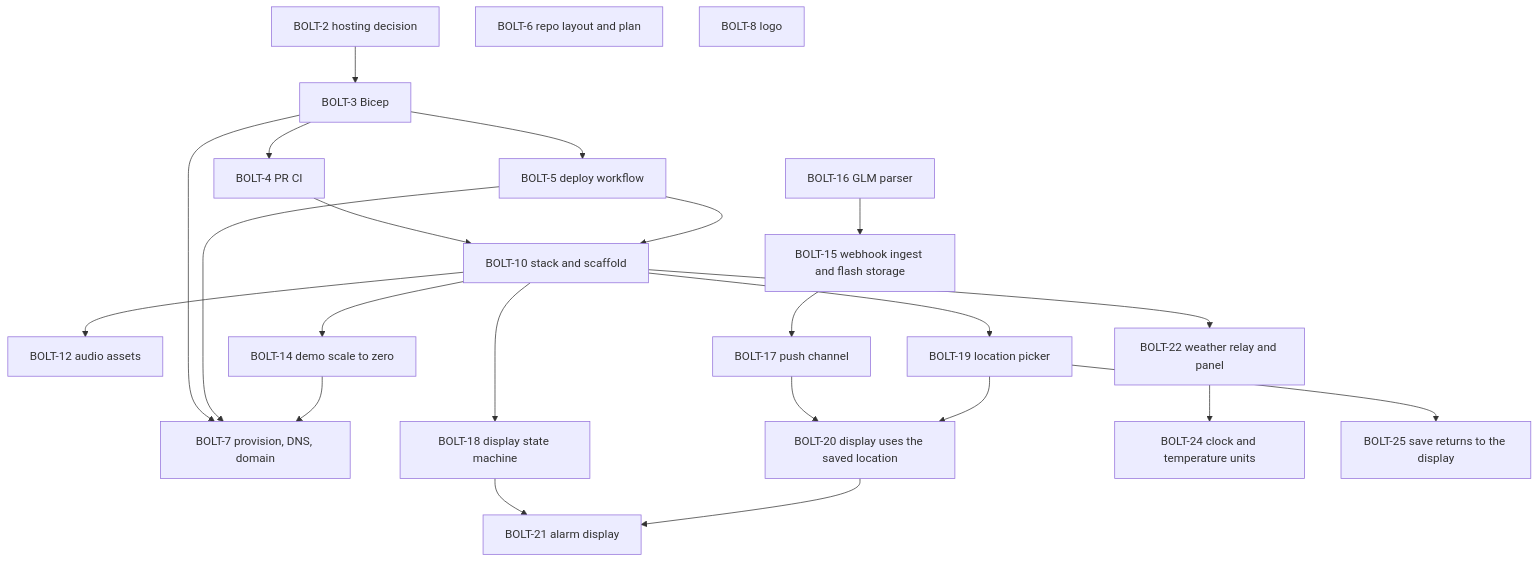
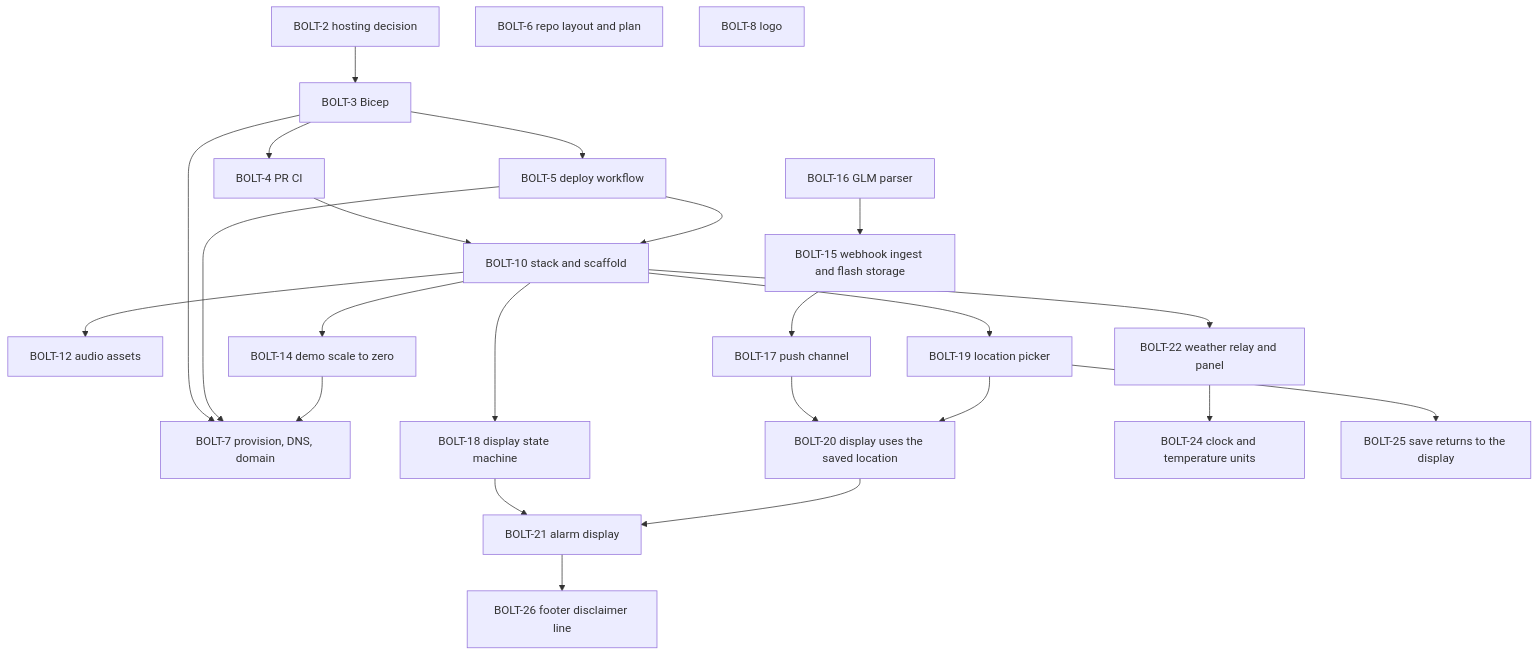
Before and after one commit to henrique-meyer/boltclock: the diagram in docs/plan.md, drawn with Mermaid. The commit also changed other lines of this file and 3 other files, not shown here.

First line of the commit message:
BOLT-26 Put the footer disclaimers on their own line

````diff
--- a/docs/plan.md
+++ b/docs/plan.md
@@ -15,45 +15,47 @@
 ```mermaid
 flowchart TD
   s2[BOLT-2 hosting decision]
   s3[BOLT-3 Bicep]
   s4[BOLT-4 PR CI]
   s5[BOLT-5 deploy workflow]
   s6[BOLT-6 repo layout and plan]
   s7[BOLT-7 provision, DNS, domain]
   s8[BOLT-8 logo]
   s10[BOLT-10 stack and scaffold]
   s12[BOLT-12 audio assets]
   s14[BOLT-14 demo scale to zero]
   s15[BOLT-15 webhook ingest and flash storage]
   s16[BOLT-16 GLM parser]
   s17[BOLT-17 push channel]
   s18[BOLT-18 display state machine]
   s19[BOLT-19 location picker]
   s20[BOLT-20 display uses the saved location]
   s21[BOLT-21 alarm display]
   s22[BOLT-22 weather relay and panel]
   s24[BOLT-24 clock and temperature units]
   s25[BOLT-25 save returns to the display]
+  s26[BOLT-26 footer disclaimer line]
   s2 --> s3
   s4 --> s10
   s5 --> s10
   s3 --> s4
   s3 --> s5
   s3 --> s7
   s5 --> s7
   s10 --> s12
   s10 --> s14
   s14 --> s7
   s16 --> s15
   s15 --> s17
   s10 --> s18
   s10 --> s19
   s17 --> s20
   s19 --> s20
 
   s18 --> s21
   s20 --> s21
   s10 --> s22
   s22 --> s24
   s19 --> s25
+  s21 --> s26
 ```
````
